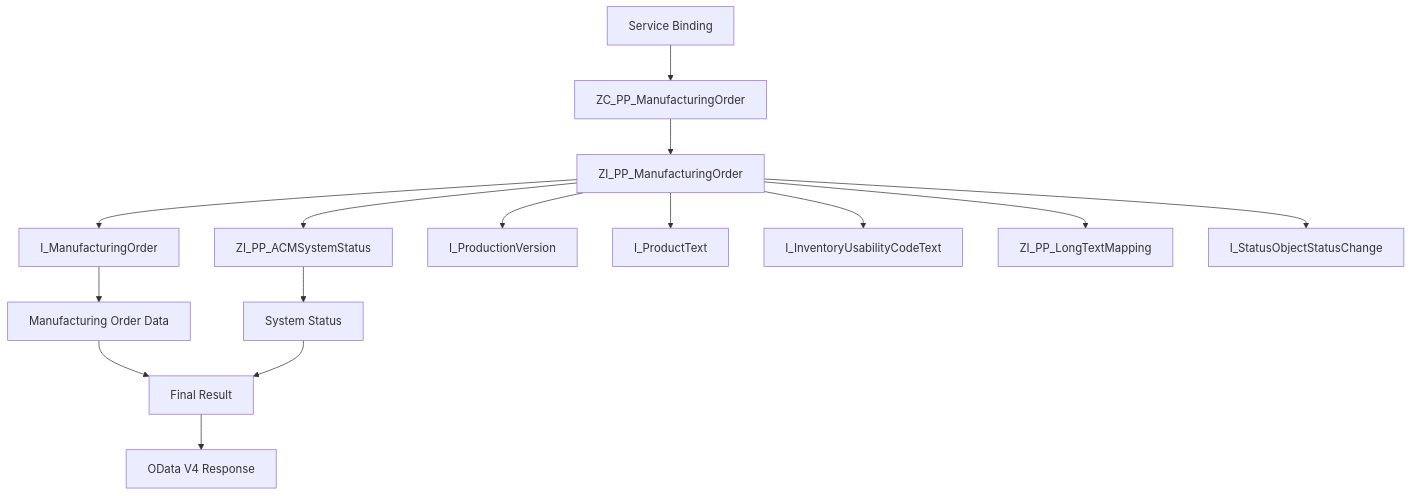
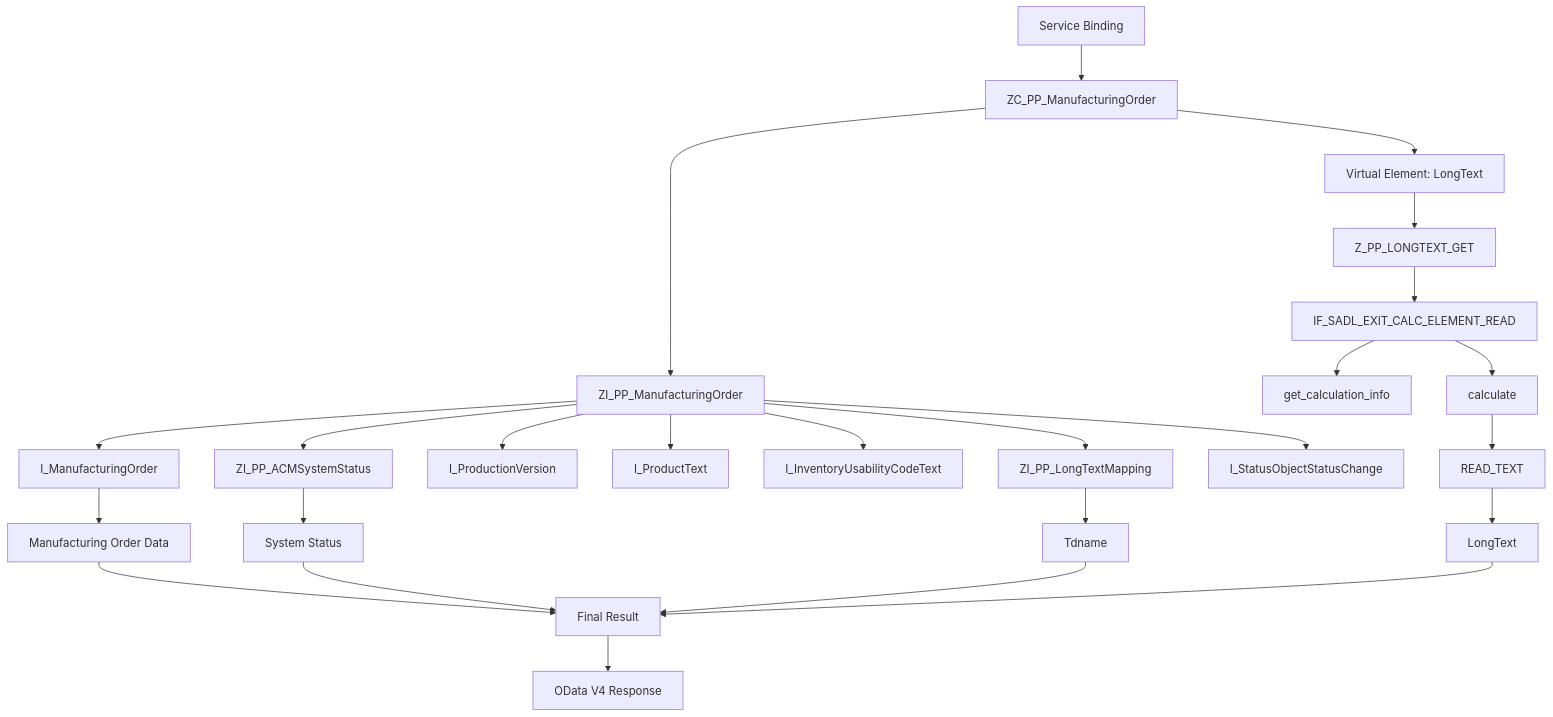
Before and after one commit to blackif/demo: the diagram in sap/abap/rap/demo1/README.md, drawn with Mermaid.

Commit message:
docs: restore detailed RAP flow chart

````diff
--- a/sap/abap/rap/demo1/README.md
+++ b/sap/abap/rap/demo1/README.md
@@ -42,20 +42,31 @@
 ```mermaid
 flowchart TD
     A[Service Binding] --> B[ZC_PP_ManufacturingOrder]
     B --> C[ZI_PP_ManufacturingOrder]
 
     C --> D[I_ManufacturingOrder]
     C --> E[ZI_PP_ACMSystemStatus]
     C --> F[I_ProductionVersion]
     C --> G[I_ProductText]
     C --> H[I_InventoryUsabilityCodeText]
     C --> I[ZI_PP_LongTextMapping]
     C --> J[I_StatusObjectStatusChange]
 
+    B --> K[Virtual Element: LongText]
+    K --> L[Z_PP_LONGTEXT_GET]
+    L --> M[IF_SADL_EXIT_CALC_ELEMENT_READ]
+    M --> N[get_calculation_info]
+    M --> O[calculate]
+    O --> P[READ_TEXT]
+    P --> Q[LongText]
+
     D --> R[Manufacturing Order Data]
     E --> S[System Status]
+    I --> T[Tdname]
     R --> U[Final Result]
     S --> U
+    T --> U
+    Q --> U
 
     U --> V[OData V4 Response]
 ```
````
